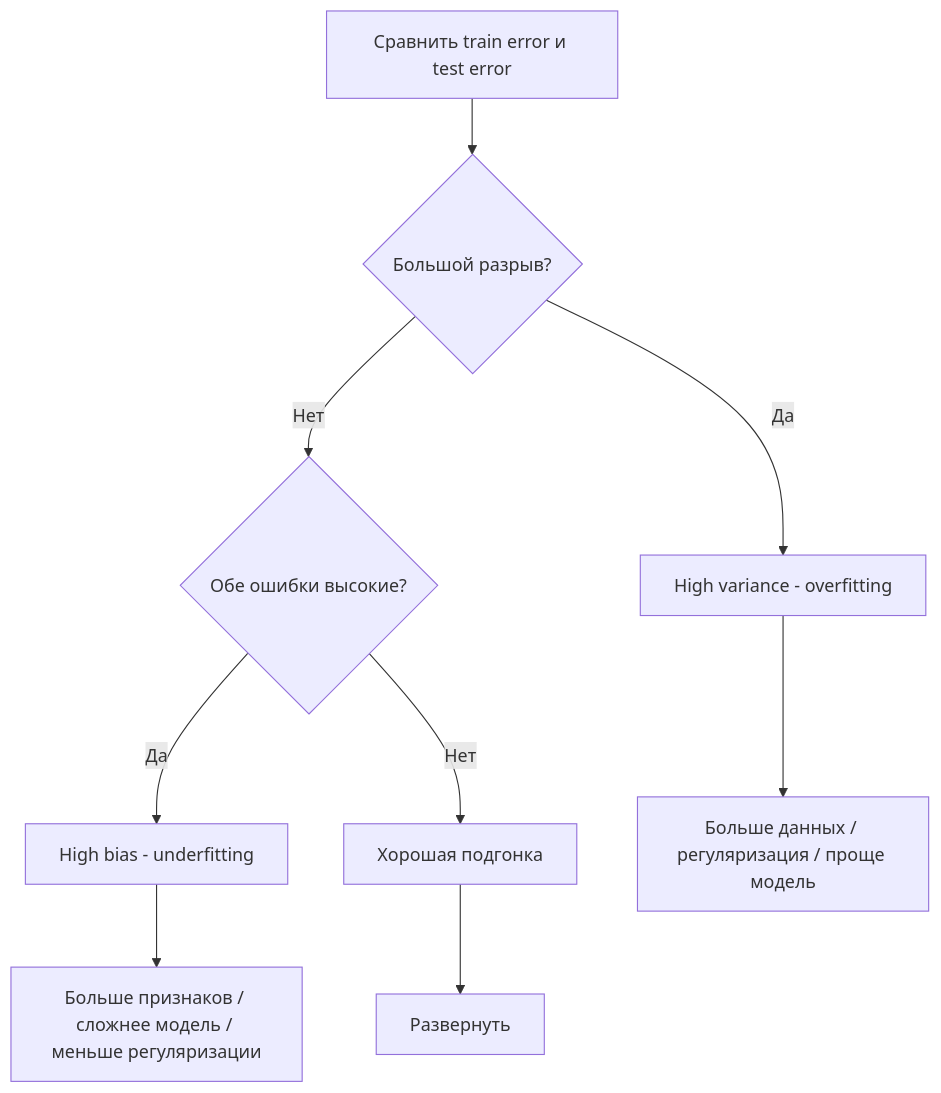
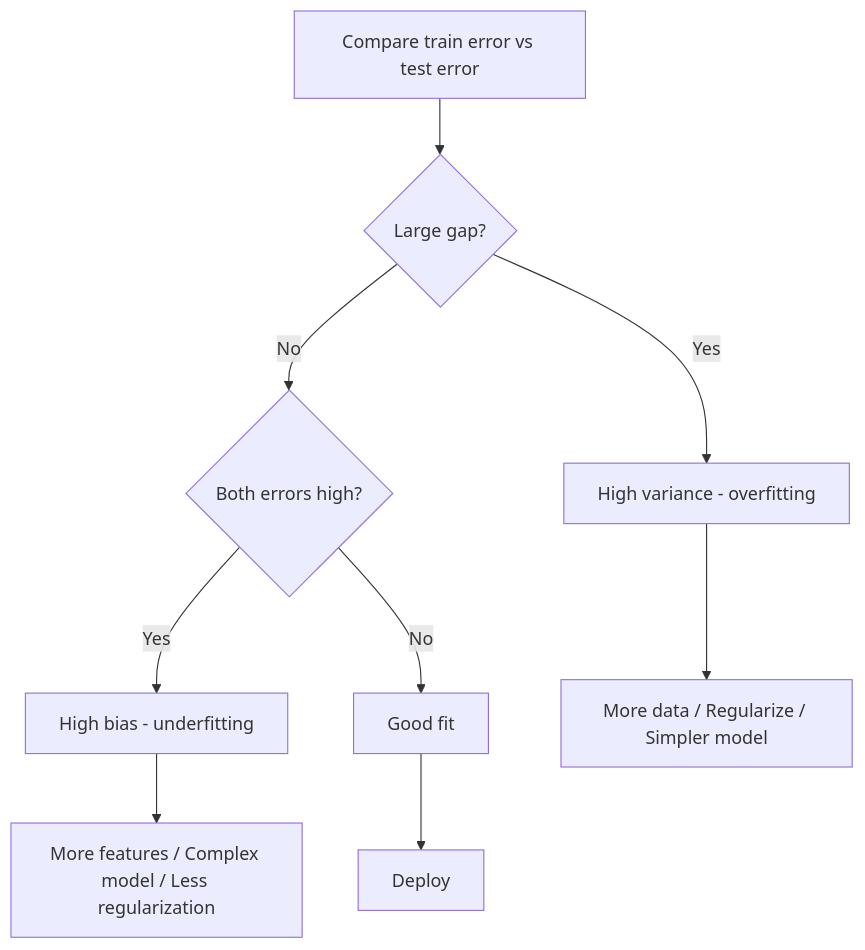
Before and after one commit to stabuev/ai-engineering-from-scratch: the third of 5 diagrams in phases/02-ml-fundamentals/10-bias-variance/docs/ru.md, drawn with Mermaid. The commit also changed other lines of this file and 182 other files, not shown here.

````diff
--- a/phases/02-ml-fundamentals/10-bias-variance/docs/ru.md
+++ b/phases/02-ml-fundamentals/10-bias-variance/docs/ru.md
@@ -142,12 +142,12 @@
 ```mermaid
 flowchart TD
-    A[Сравнить train error и test error] --> B{Большой разрыв?}
-    B -->|Да| C[High variance - overfitting]
-    B -->|Нет| D{Обе ошибки высокие?}
-    D -->|Да| E[High bias - underfitting]
-    D -->|Нет| F[Хорошая подгонка]
+    A[Compare train error vs test error] --> B{Large gap?}
+    B -->|Yes| C[High variance - overfitting]
+    B -->|No| D{Both errors high?}
+    D -->|Yes| E[High bias - underfitting]
+    D -->|No| F[Good fit]
 
-    C --> G[Больше данных / регуляризация / проще модель]
-    E --> H[Больше признаков / сложнее модель / меньше регуляризации]
-    F --> I[Развернуть]
+    C --> G[More data / Regularize / Simpler model]
+    E --> H[More features / Complex model / Less regularization]
+    F --> I[Deploy]
 ```
````
